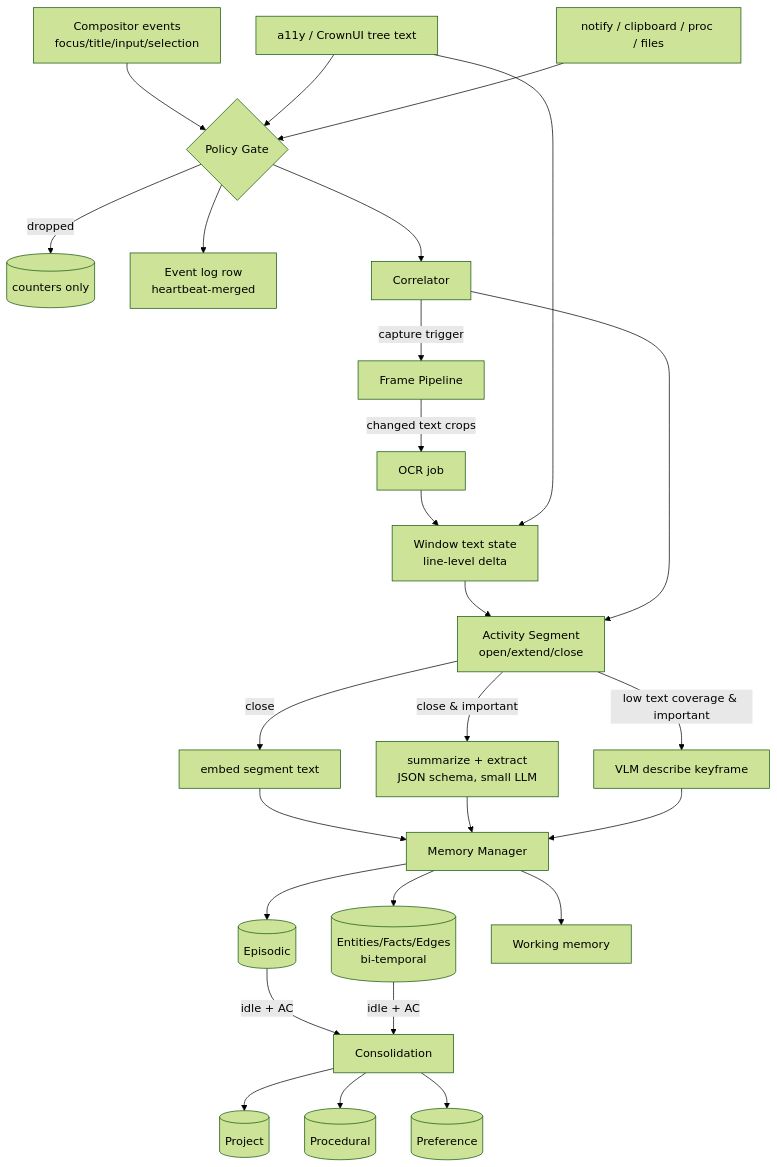
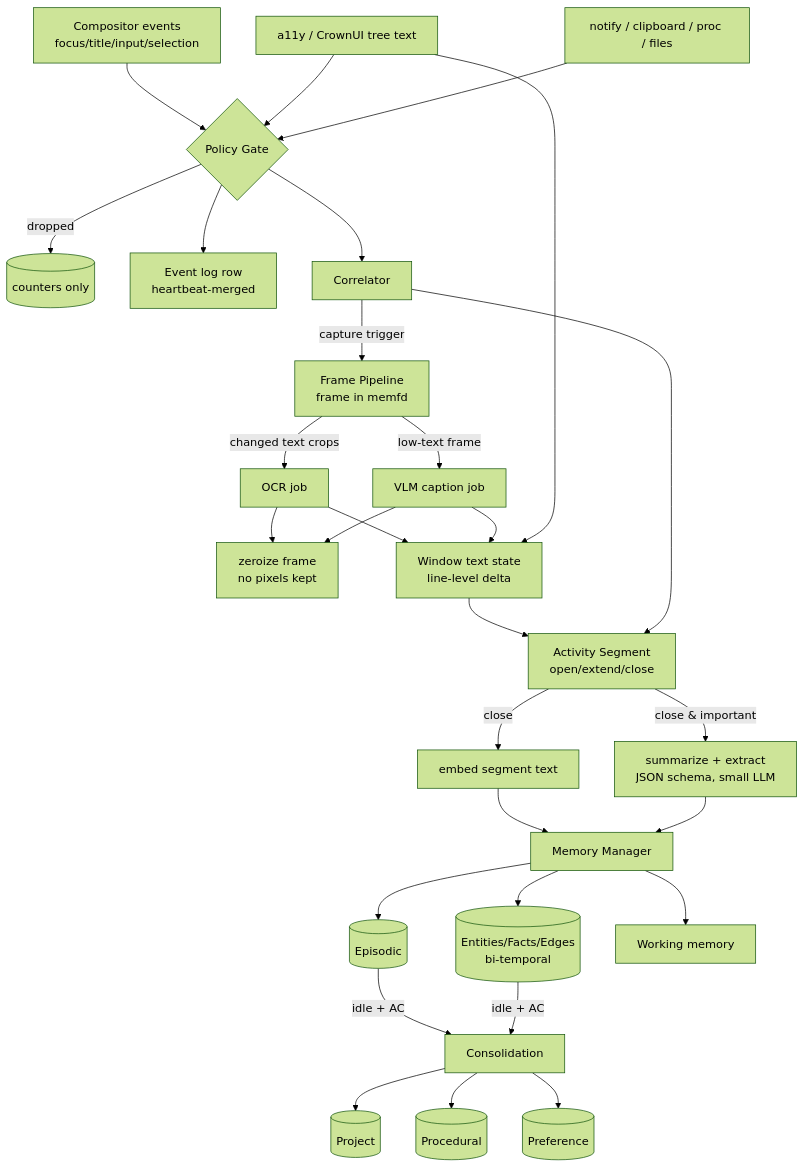
One commit to Crown-OS/crownos-visual-context-engine changed the second of 4 diagrams in docs/02-architecture.md. Above: the diagram before and after it, drawn with Mermaid (forest theme). The commit also changed other lines of this file and 5 other files, not shown here.

````diff
--- a/docs/02-architecture.md
+++ b/docs/02-architecture.md
@@ -178,26 +182,28 @@
 ```mermaid
 flowchart TD
   A[Compositor events<br/>focus/title/input/selection] --> G{Policy Gate}
   B[a11y / CrownUI tree text] --> G
   C[notify / clipboard / proc / files] --> G
   G -- dropped --> X[(counters only)]
   G --> E[Event log row<br/>heartbeat-merged]
   G --> K[Correlator]
-  K -->|capture trigger| F[Frame Pipeline]
+  K -->|capture trigger| F[Frame Pipeline<br/>frame in memfd]
   F -->|changed text crops| O[OCR job]
+  F -->|low-text frame| V[VLM caption job]
+  O & V --> Z[zeroize frame<br/>no pixels kept]
   O --> T[Window text state<br/>line-level delta]
+  V --> T
   B --> T
   T --> S[Activity Segment<br/>open/extend/close]
   K --> S
   S -->|close| J1[embed segment text]
   S -->|close & important| J2[summarize + extract<br/>JSON schema, small LLM]
-  S -->|low text coverage & important| J3[VLM describe keyframe]
-  J1 & J2 & J3 --> M[Memory Manager]
+  J1 & J2 --> M[Memory Manager]
   M --> EP[(Episodic)]
   M --> SEM[(Entities/Facts/Edges<br/>bi-temporal)]
   M --> WMEM[Working memory]
   EP & SEM -->|idle + AC| CONS[Consolidation]
   CONS --> PRJ[(Project)]
   CONS --> PROC[(Procedural)]
   CONS --> PREF[(Preference)]
 ```
````
